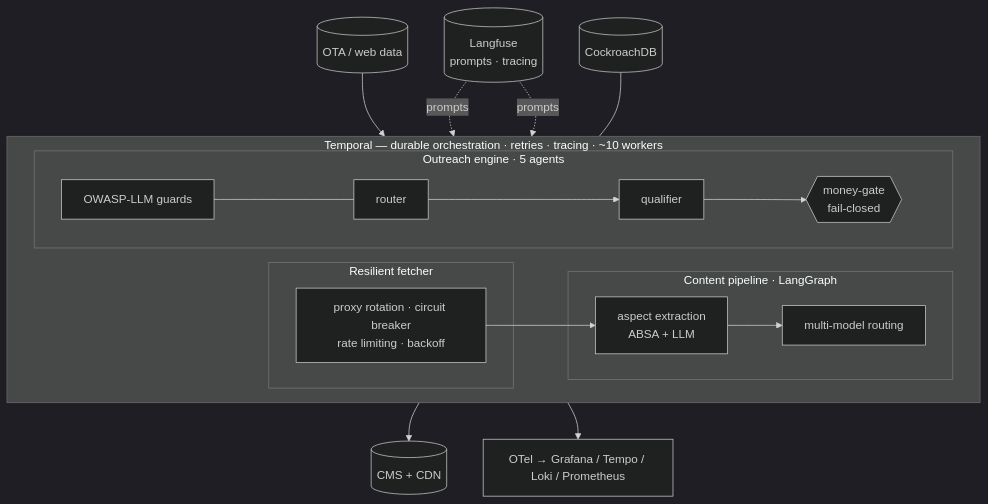
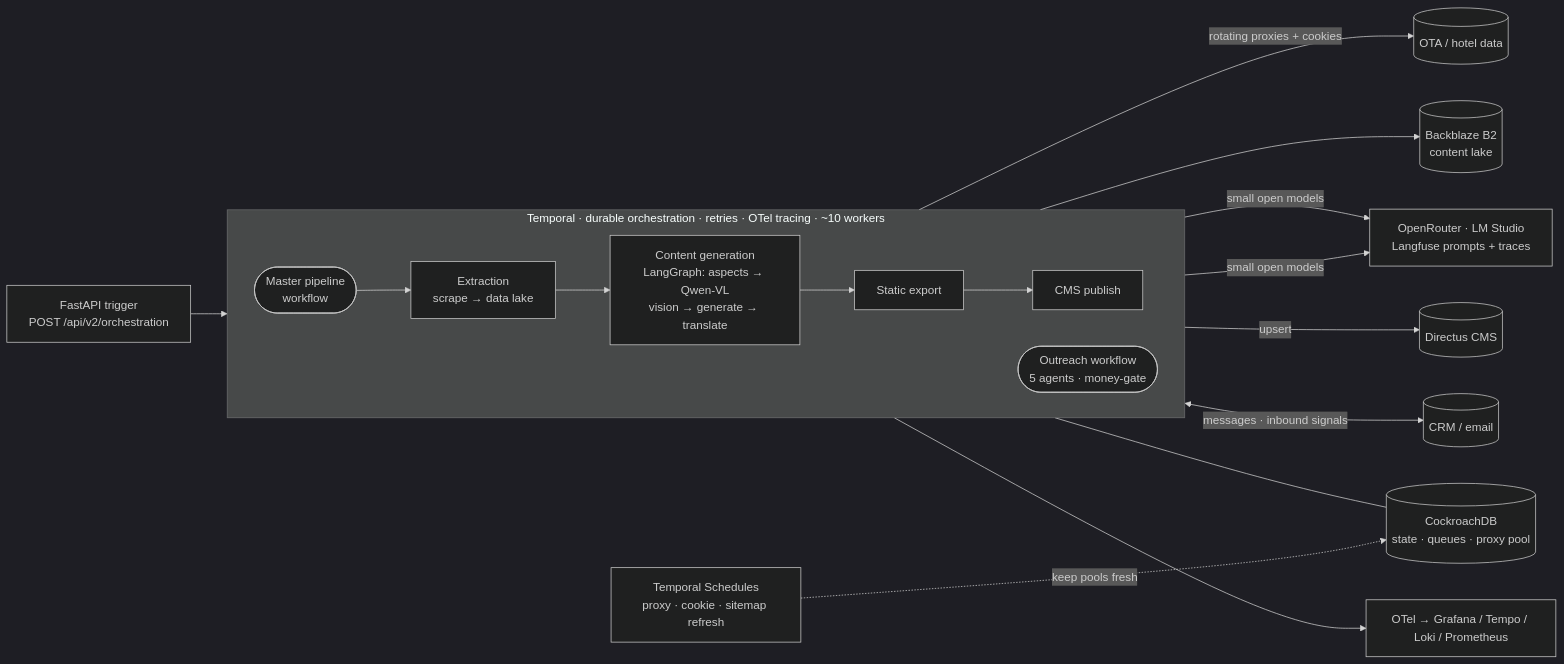
The diagram in README.md (baranlanka/et-hotel-ai-showcase), drawn with Mermaid (dark theme) before and after one commit. The commit also changed other lines of this file and 1 other file, not shown here.

Commit message:
docs: redraw architecture as the real pipeline runs
Replace the static container box with the actual content pipeline run: MasterHotelPipelineWorkflow -> Extraction -> Content generation (LangGraph inner: aspects -> Qwen-VL vision -> generate -> translate) -> Static export -> CMS publish, plus maintenance Temporal Schedules, the bounded-WIP dispatcher, the external-call map (rotating proxies, OpenRouter/LM Studio + Langfuse, B2, Directus), and a dedicated outreach pipeline-run diagram (audit -> CRM push -> 5-agent conversation <-> inbound signals -> site reveal). Kept generic (no named scrape target). Mermaid validated (README 1, ARCHITECTURE 5).

````diff
--- a/README.md
+++ b/README.md
@@ -72,23 +72,22 @@
 ```mermaid
-flowchart TB
-    OTA[(OTA / web data)] --> F
-    subgraph temporal[Temporal — durable orchestration · retries · tracing · ~10 workers]
+flowchart LR
+    API[FastAPI trigger<br/>POST /api/v2/orchestration] --> MASTER
+    SCHED[Temporal Schedules<br/>proxy · cookie · sitemap refresh] -. keep pools fresh .-> DB[(CockroachDB<br/>state · queues · proxy pool)]
+
+    subgraph temporal[Temporal · durable orchestration · retries · OTel tracing · ~10 workers]
       direction LR
-      subgraph fetch[Resilient fetcher]
-        F[proxy rotation · circuit breaker<br/>rate limiting · backoff]
-      end
-      subgraph pipeline[Content pipeline · LangGraph]
-        A[aspect extraction<br/>ABSA + LLM] --> G[multi-model routing]
-      end
-      subgraph agents[Outreach engine · 5 agents]
-        GU[OWASP-LLM guards] --- R[router]
-        R --> Q[qualifier] --> MG{{money-gate<br/>fail-closed}}
-      end
-      F --> A
+      MASTER([Master pipeline<br/>workflow]) --> EX[Extraction<br/>scrape → data lake]
+      EX --> CG[Content generation<br/>LangGraph: aspects → Qwen-VL<br/>vision → generate → translate]
+      CG --> EXP[Static export] --> PUB[CMS publish]
+      OUT([Outreach workflow<br/>5 agents · money-gate])
     end
-    G --> CMS[(CMS + CDN)]
-    LF[(Langfuse<br/>prompts · tracing)] -. prompts .-> G
-    LF -. prompts .-> R
-    DB[(CockroachDB)] --- temporal
+
+    EX -->|rotating proxies + cookies| SRC[(OTA / hotel data)]
+    CG -->|small open models| LLM[OpenRouter · LM Studio<br/>Langfuse prompts + traces]
+    CG --> B2[(Backblaze B2<br/>content lake)]
+    PUB -->|upsert| CMS[(Directus CMS)]
+    OUT -->|small open models| LLM
+    OUT <-->|messages · inbound signals| CRM[(CRM / email)]
+    temporal --- DB
     temporal --> OBS[OTel → Grafana / Tempo / Loki / Prometheus]
 ```
````
